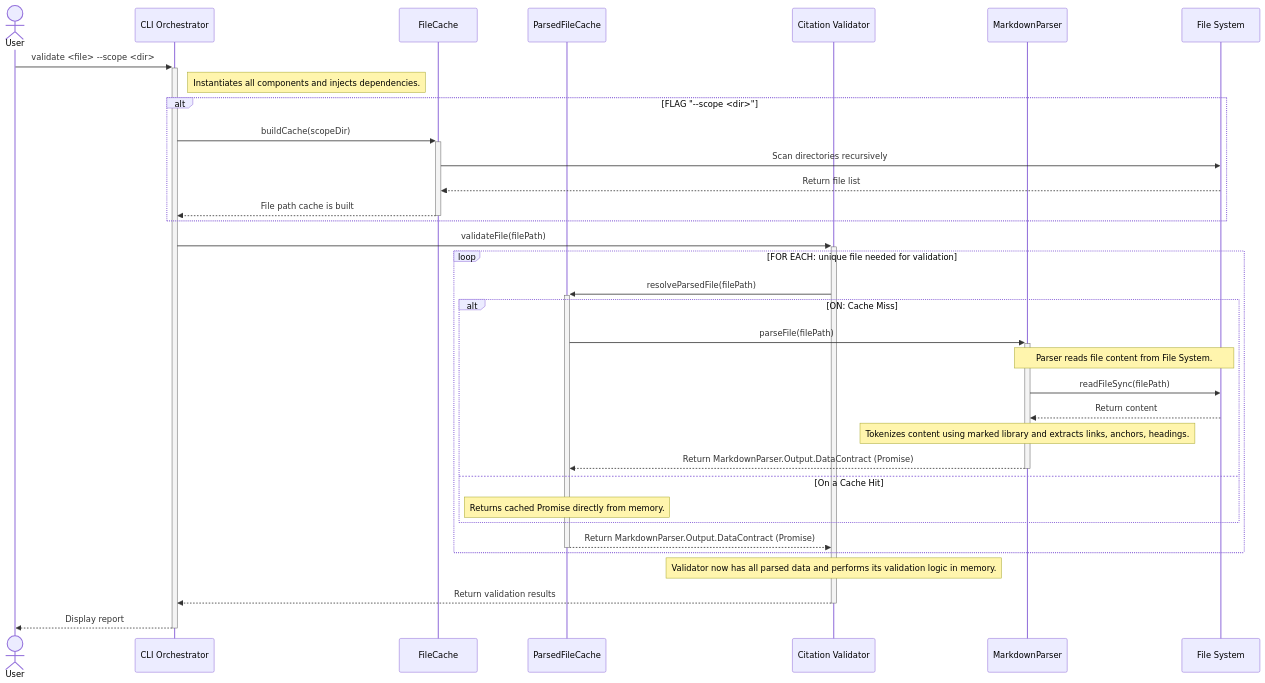
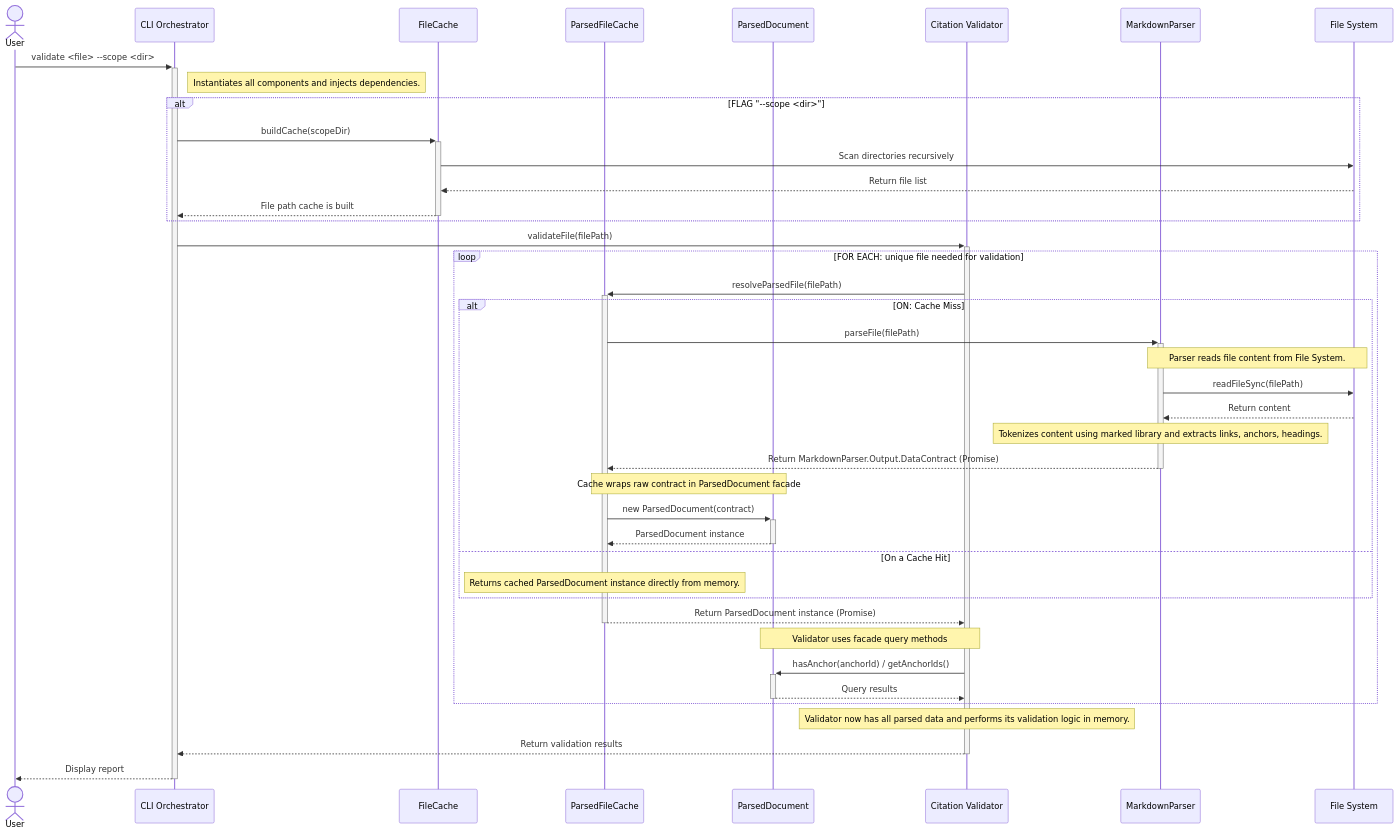
One commit to WesleyMFrederick/cc-workflows changed the second of 3 diagrams in tools/citation-manager/design-docs/features/20251003-content-aggregation/content-aggregation-architecture.md. Above: the diagram before and after it, drawn with Mermaid. The commit also changed other lines of this file and 34 other files, not shown here.

First line of the commit message:
Complete US1.7 ParsedDocument facade implementation with enhanced agentic workflows and updated agent configurations

````diff
--- a/tools/citation-manager/design-docs/features/20251003-content-aggregation/content-aggregation-architecture.md
+++ b/tools/citation-manager/design-docs/features/20251003-content-aggregation/content-aggregation-architecture.md
@@ -234,48 +265,57 @@
 ```mermaid
 sequenceDiagram
     actor User
     participant CLI as CLI Orchestrator
     participant FileCache
     participant ParsedCache as ParsedFileCache
+    participant ParsedDoc as ParsedDocument
     participant Validator as Citation Validator
     participant Parser as MarkdownParser
     participant FS as File System
 
     User->>+CLI: validate <file> --scope <dir>
 
     note right of CLI: Instantiates all components and injects dependencies.
-    
+
     alt FLAG "--scope <dir>"
         CLI->>+FileCache: buildCache(scopeDir)
         FileCache->>FS: Scan directories recursively
         FS-->>FileCache: Return file list
         FileCache-->>-CLI: File path cache is built
     end
 
     CLI->>+Validator: validateFile(filePath)
 
     loop FOR EACH: unique file needed for validation
         Validator->>+ParsedCache: resolveParsedFile(filePath)
 
         alt ON: Cache Miss
             ParsedCache->>+Parser: parseFile(filePath)
 
             note over Parser, FS: Parser reads file content from File System.
             Parser->>FS: readFileSync(filePath)
             FS-->>Parser: Return content
 
             note over Parser: Tokenizes content using marked library and extracts links, anchors, headings.
 
             Parser-->>-ParsedCache: Return MarkdownParser.Output.DataContract (Promise)
+
+            note over ParsedCache, ParsedDoc: Cache wraps raw contract in ParsedDocument facade
+            ParsedCache->>+ParsedDoc: new ParsedDocument(contract)
+            ParsedDoc-->>-ParsedCache: ParsedDocument instance
         else On a Cache Hit
-            note over ParsedCache: Returns cached Promise directly from memory.
+            note over ParsedCache: Returns cached ParsedDocument instance directly from memory.
         end
 
-        ParsedCache-->>-Validator: Return MarkdownParser.Output.DataContract (Promise)
+        ParsedCache-->>-Validator: Return ParsedDocument instance (Promise)
+
+        note over Validator, ParsedDoc: Validator uses facade query methods
+        Validator->>+ParsedDoc: hasAnchor(anchorId) / getAnchorIds()
+        ParsedDoc-->>-Validator: Query results
     end
 
     note over Validator: Validator now has all parsed data and performs its validation logic in memory.
 
     Validator-->>-CLI: Return validation results
     CLI-->>-User: Display report
 ```
````
